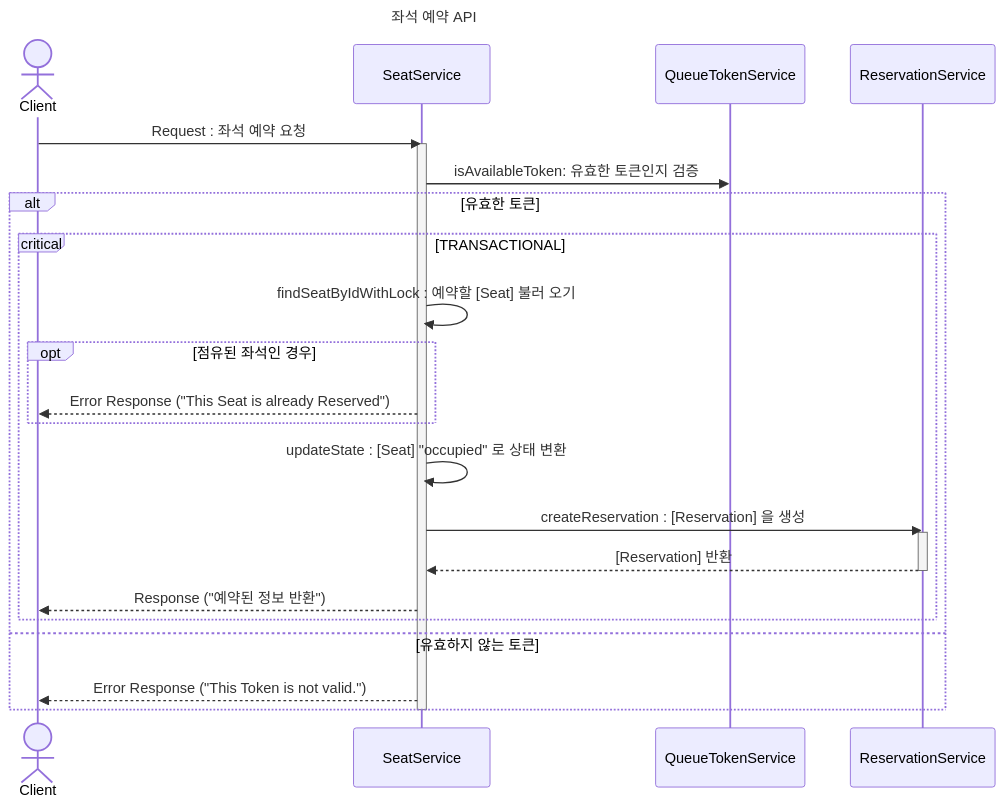
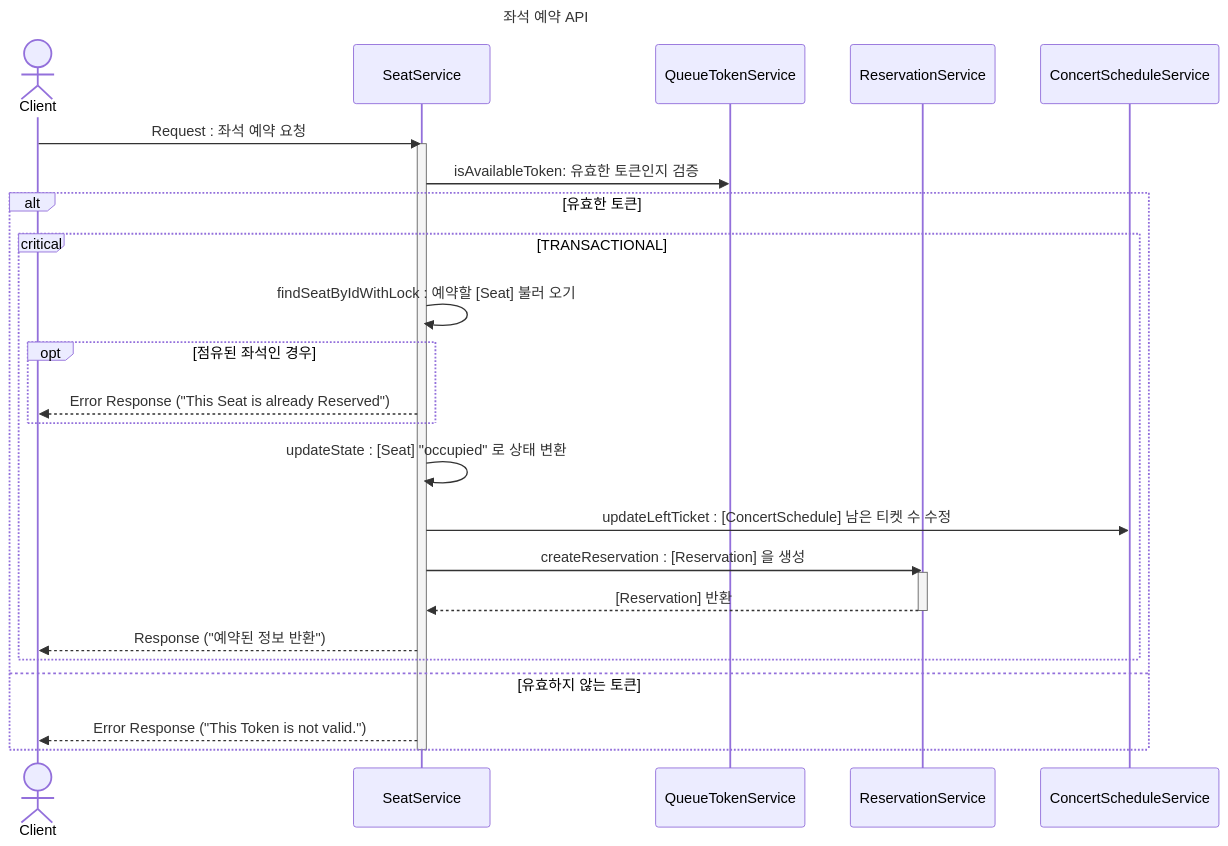
The diagram in design/sequence_diagram/좌석_예약_API.md (GustavEiffels/hhplus_server_build), drawn with Mermaid before and after one commit. The commit also changed 3 other files, not shown here.

Commit message:
[fix] Erdigram, Requirements Analysis, Sequence Diagram

````diff
--- a/design/sequence_diagram/좌석_예약_API.md
+++ b/design/sequence_diagram/좌석_예약_API.md
@@ -1,48 +1,51 @@
 ```mermaid
 ---
 title : 좌석 예약 API
 ---
 sequenceDiagram
     Actor c as Client 
     participant se as SeatService
     participant qu as QueueTokenService
     participant re as ReservationService
+    participant s  as ConcertScheduleService
 
 
     c->> se : Request  : 좌석 예약 요청 
     activate se
 
     se->>qu : isAvailableToken: 유효한 토큰인지 검증  
 
 
     alt 유효한 토큰
 
         critical TRANSACTIONAL
             se->>se : findSeatByIdWithLock  : 예약할 [Seat] 불러 오기 
 
             opt 점유된 좌석인 경우 
                 se-->>c : Error Response ("This Seat is already Reserved")
             end 
 
-            se->>se : updateState : [Seat] "occupied" 로 상태 변환
-            
+            se->>se : updateState       : [Seat] "occupied" 로 상태 변환
+            se->>s  : updateLeftTicket  : [ConcertSchedule] 남은 티켓 수 수정 
+
             se->>re : createReservation : [Reservation] 을 생성 
             activate re
+            
             re-->>se : [Reservation] 반환 
             deactivate re
 
             se-->> c : Response ("예약된 정보 반환")
         end
 
 
     else 유효하지 않는 토큰
         se-->>c : Error Response ("This Token is not valid.")
 
 
     end 
     
     deactivate se
 
 
 
 ```
````
